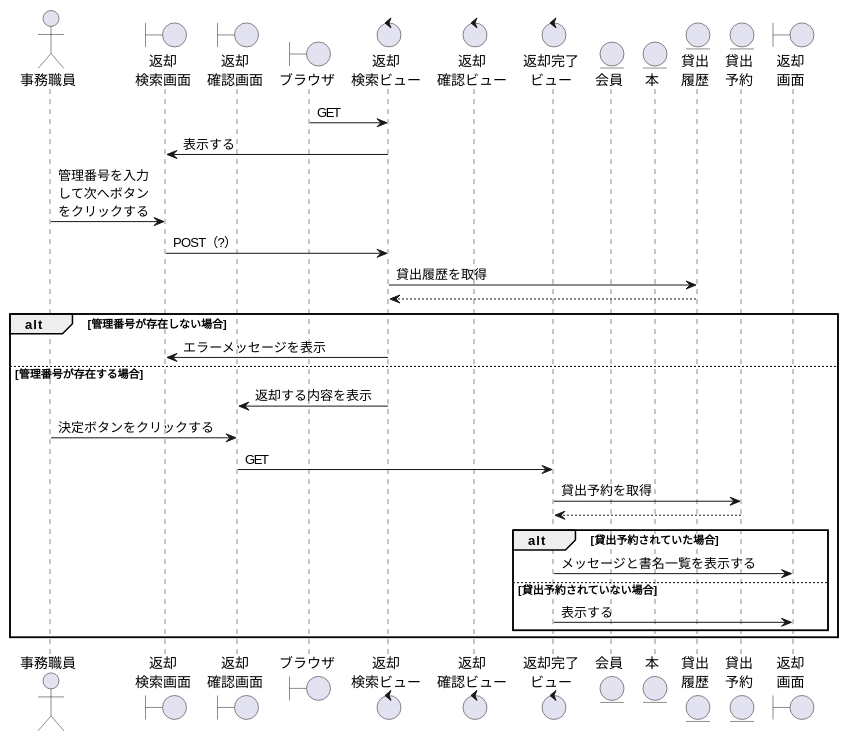
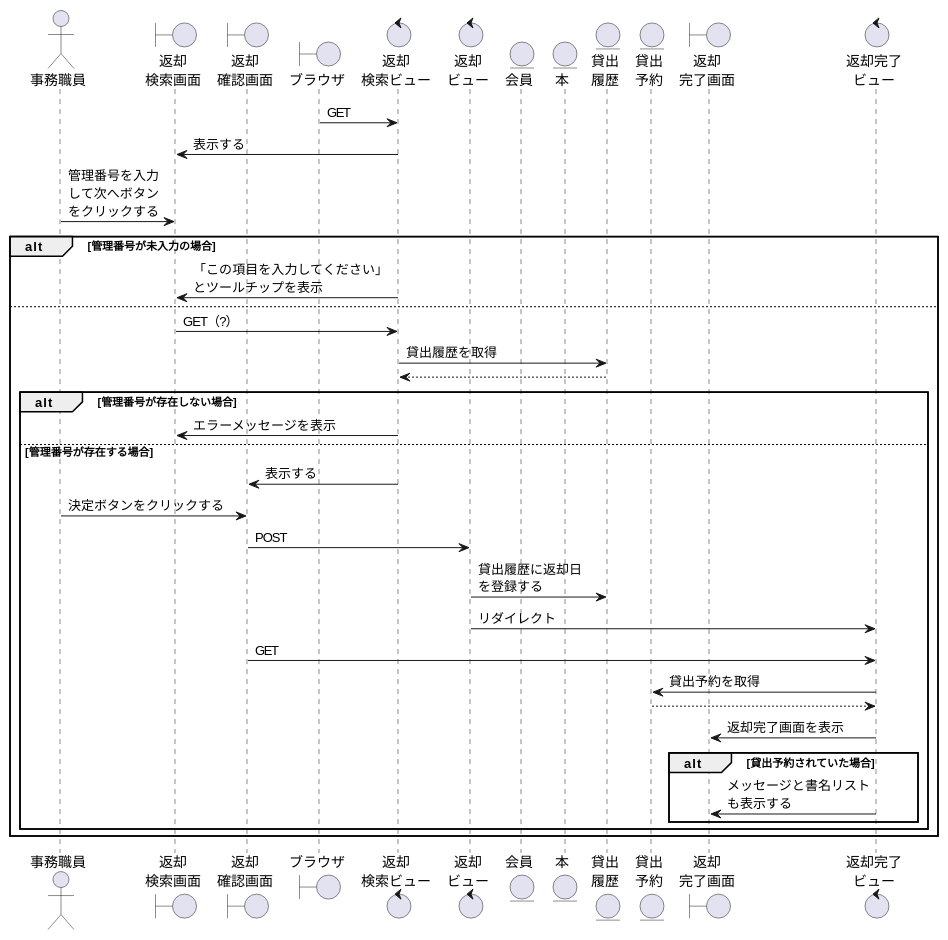
Before and after one commit to ysyk-wtnb16/team_D: the diagram in 効果測定/返却.wsd, drawn with PlantUML. The commit also changed 1 other file, not shown here.

```diff
--- a/効果測定/返却.wsd
+++ b/効果測定/返却.wsd
@@ -1,39 +1,43 @@
 @startuml HK
 
 actor "事務職員" as staff
 boundary "返却\n検索画面" as HKKs
 boundary "返却\n確認画面" as HKChecks
 boundary "ブラウザ" as brz
-control "返却\n検索ビュー" as HKv
-control "返却\n確認ビュー" as HKCheckv
-control "返却完了\nビュー" as HKOKv
+control "返却\n検索ビュー" as HKKv
+control "返却\nビュー" as HKv
 entity "会員" as member
 entity "本" as book
-entity "貸出\n履歴" as HKR
+entity "貸出\n履歴" as KDR
 entity "貸出\n予約" as KDY
-boundary "返却\n画面" as HKOKs
+boundary "返却\n完了画面" as HKOKs
+control "返却完了\nビュー" as HKOKv
 
-
-brz -> HKv:GET
-HKKs <- HKv:表示する
+brz -> HKKv:GET
+HKKs <- HKKv:表示する
 staff -> HKKs: 管理番号を入力\nして次へボタン\nをクリックする
-HKKs -> HKv: POST（?）
-HKv -> HKR: 貸出履歴を取得
-HKv <-- HKR
-alt 管理番号が存在しない場合
-    HKKs <- HKv:エラーメッセージを表示
-else 管理番号が存在する場合
-    HKChecks <- HKv:返却する内容を表示
-    staff -> HKChecks:決定ボタンをクリックする
-    HKChecks -> HKOKv:GET
-    HKOKv -> KDY: 貸出予約を取得
-    HKOKv <-- KDY
-    alt 貸出予約されていた場合
-        HKOKv -> HKOKs:メッセージと書名一覧を表示する
-    else 貸出予約されていない場合
-        HKOKv -> HKOKs:表示する
+alt 管理番号が未入力の場合
+    HKKs <- HKKv: 「この項目を入力してください」\nとツールチップを表示
+else
+    HKKs -> HKKv: GET（?）
+    HKKv -> KDR: 貸出履歴を取得
+    HKKv <-- KDR
+    alt 管理番号が存在しない場合
+        HKKs <- HKKv: エラーメッセージを表示
+    else 管理番号が存在する場合
+        HKChecks <- HKKv: 表示する
+        staff -> HKChecks: 決定ボタンをクリックする
+        HKChecks -> HKv: POST 
+        HKv -> KDR: 貸出履歴に返却日\nを登録する
+        HKv -> HKOKv: リダイレクト
+        HKChecks -> HKOKv: GET
+        KDY <- HKOKv: 貸出予約を取得
+        KDY --> HKOKv
+        HKOKs <- HKOKv: 返却完了画面を表示
+        alt 貸出予約されていた場合
+            HKOKs <- HKOKv: メッセージと書名リスト\nも表示する
+        end
     end
 end
 
-
 @enduml
```
